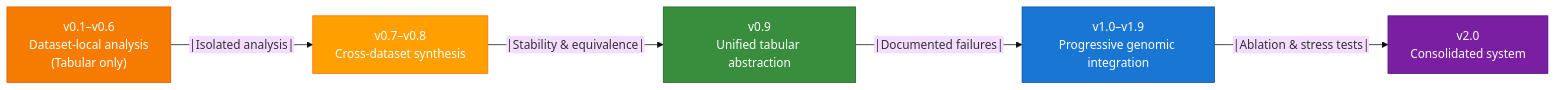
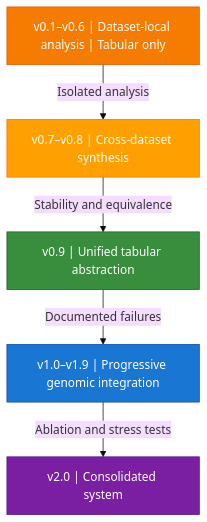
One commit to Aridoge13/Kabosu changed the diagram in README.md. Above: the diagram before and after it, drawn with Mermaid (base theme).

Commit message:
Kabosu v0.1

````diff
--- a/README.md
+++ b/README.md
@@ -55,19 +55,21 @@
 ```mermaid
-flowchart LR
-    A["v0.1–v0.6<br/>Dataset-local analysis<br/>(Tabular only)"]
-    
-    
-    
+flowchart TD
+    A["v0.1–v0.6 | Dataset-local analysis | Tabular only"]
+    B["v0.7–v0.8 | Cross-dataset synthesis"]
+    C["v0.9 | Unified tabular abstraction"]
+    D["v1.0–v1.9 | Progressive genomic integration"]
+    E["v2.0 | Consolidated system"]
 
-    A -- |Isolated analysis| --> B["v0.7–v0.8<br/>Cross-dataset synthesis"]
-    B -- |Stability & equivalence| --> C["v0.9<br/>Unified tabular abstraction"]
-    C -- |Documented failures| --> D["v1.0–v1.9<br/>Progressive genomic integration"]
-    D -- |Ablation & stress tests| --> E["v2.0<br/>Consolidated system"]
+    A -->|Isolated analysis| B
+    B -->|Stability and equivalence| C
+    C -->|Documented failures| D
+    D -->|Ablation and stress tests| E
 
     style A fill:#f57c00,stroke:#e65100,color:#ffffff
     style B fill:#ffa000,stroke:#ff6f00,color:#ffffff
     style C fill:#388e3c,stroke:#1b5e20,color:#ffffff
     style D fill:#1976d2,stroke:#0d47a1,color:#ffffff
     style E fill:#7b1fa2,stroke:#4a148c,color:#ffffff
 
+
 ```
````
